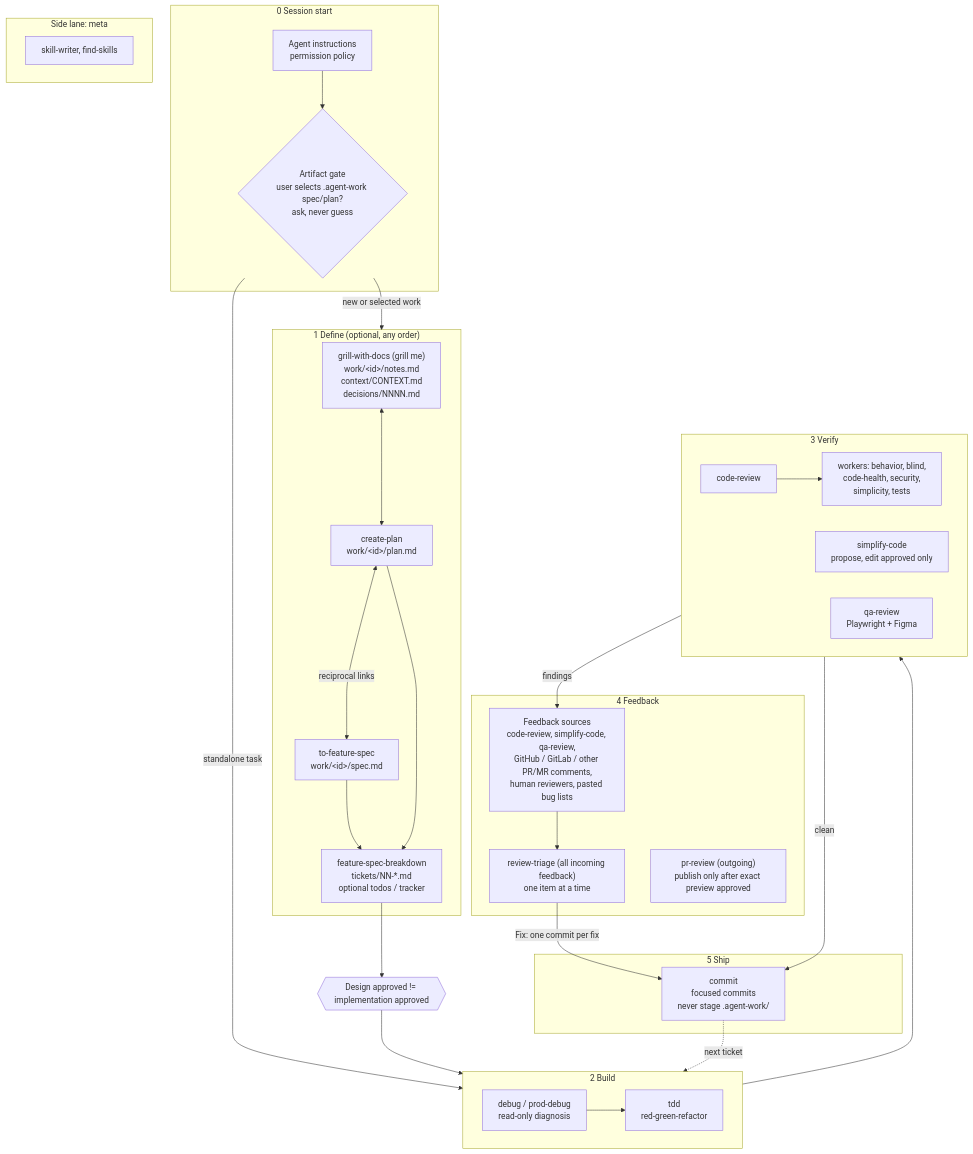
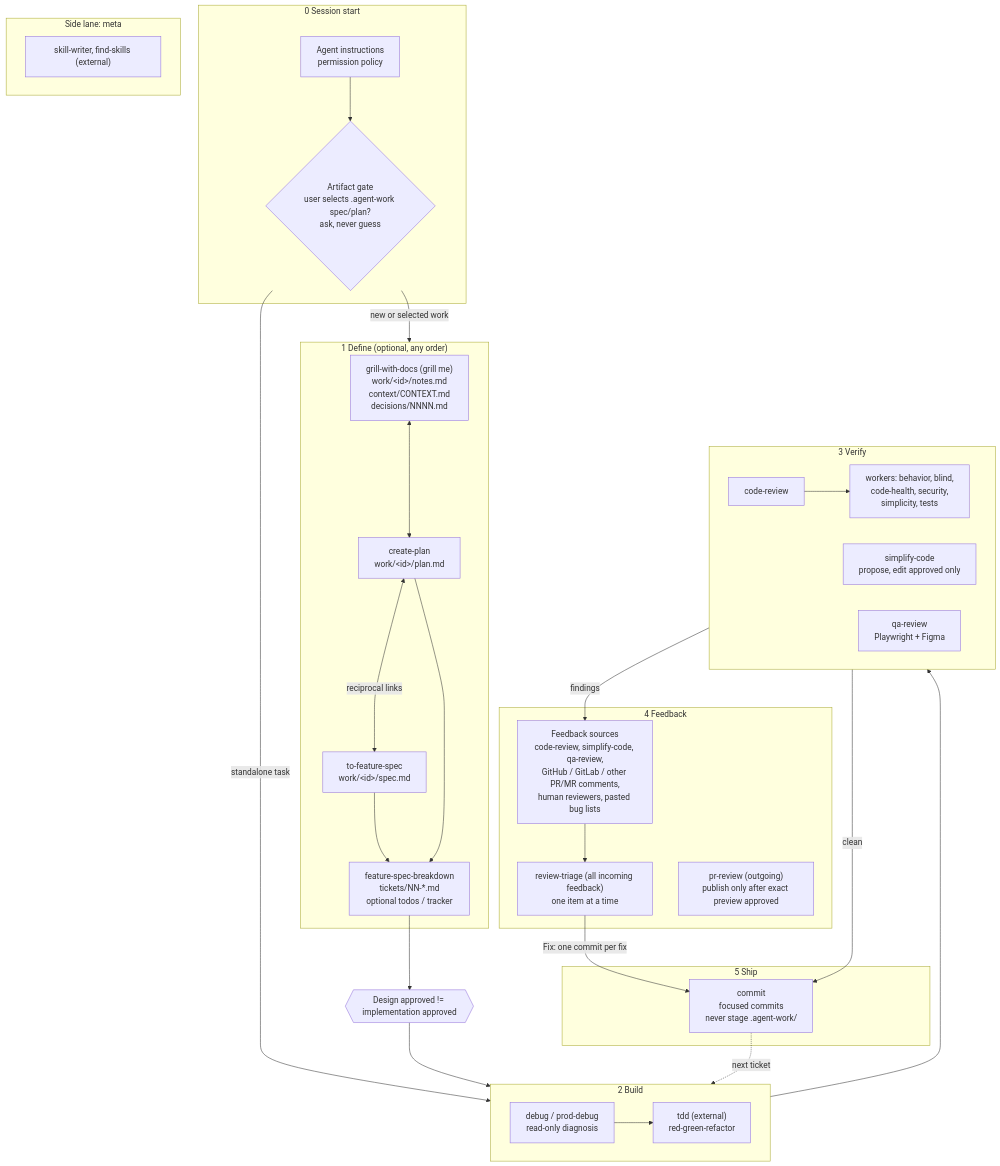
The diagram in README.md (drosam/agents), drawn with Mermaid before and after one commit. The commit also changed other lines of this file and 34 other files, not shown here.

Commit message:
Replace tdd, find-skills and skill-writer with upstream installs

````diff
--- a/README.md
+++ b/README.md
@@ -14,59 +14,59 @@
 ```mermaid
 flowchart TD
     subgraph S0["0 Session start"]
         rules["Agent instructions<br/>permission policy"]
         gate{"Artifact gate<br/>user selects .agent-work spec/plan?<br/>ask, never guess"}
         rules --> gate
     end
 
     subgraph S1["1 Define (optional, any order)"]
         grill["grill-with-docs (grill me)<br/>work/&lt;id&gt;/notes.md<br/>context/CONTEXT.md<br/>decisions/NNNN.md"]
         plan["create-plan<br/>work/&lt;id&gt;/plan.md"]
         spec["to-feature-spec<br/>work/&lt;id&gt;/spec.md"]
         breakdown["feature-spec-breakdown<br/>tickets/NN-*.md<br/>optional todos / tracker"]
         grill <--> plan
         plan <-->|reciprocal links| spec
         spec --> breakdown
         plan --> breakdown
     end
 
     approve{{"Design approved != implementation approved"}}
 
     subgraph S2["2 Build"]
-        tdd["tdd<br/>red-green-refactor"]
+        tdd["tdd (external)<br/>red-green-refactor"]
         debug["debug / prod-debug<br/>read-only diagnosis"]
     end
 
     subgraph S3["3 Verify"]
         review["code-review"]
         workers["workers: behavior, blind,<br/>code-health, security,<br/>simplicity, tests"]
         simplify["simplify-code<br/>propose, edit approved only"]
         qa["qa-review<br/>Playwright + Figma"]
         review --> workers
     end
 
     subgraph S4["4 Feedback"]
         triage["review-triage (all incoming feedback)<br/>one item at a time"]
         sources["Feedback sources<br/>code-review, simplify-code, qa-review,<br/>GitHub / GitLab / other PR/MR comments,<br/>human reviewers, pasted bug lists"]
         sources --> triage
         prr["pr-review (outgoing)<br/>publish only after exact preview approved"]
     end
 
     subgraph S5["5 Ship"]
         commit["commit<br/>focused commits<br/>never stage .agent-work/"]
     end
 
     subgraph META["Side lane: meta"]
-        meta["skill-writer, find-skills"]
+        meta["skill-writer, find-skills (external)"]
     end
 
     gate -->|new or selected work| S1
     gate -->|standalone task| S2
     breakdown --> approve --> S2
     debug --> tdd
     S2 --> S3
     S3 -->|findings| sources
     triage -->|Fix: one commit per fix| commit
     S3 -->|clean| commit
     commit -.->|next ticket| S2
 ```
````
